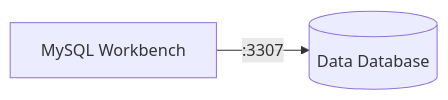
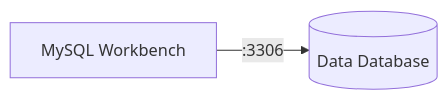
One commit to DBRepo-Project/dbrepo changed the diagram in docs/maintainer-guide/import-dump.md. Above: the diagram before and after it, drawn with Mermaid. The commit also changed 5 other files, not shown here.

````diff
--- a/docs/maintainer-guide/import-dump.md
+++ b/docs/maintainer-guide/import-dump.md
@@ -6,4 +6,4 @@
 ```mermaid
 graph LR
-  A[MySQL Workbench] --> |:3307| C[(Data Database)];
+  A[MySQL Workbench] --> |:3306| C[(Data Database)];
 ```
````
